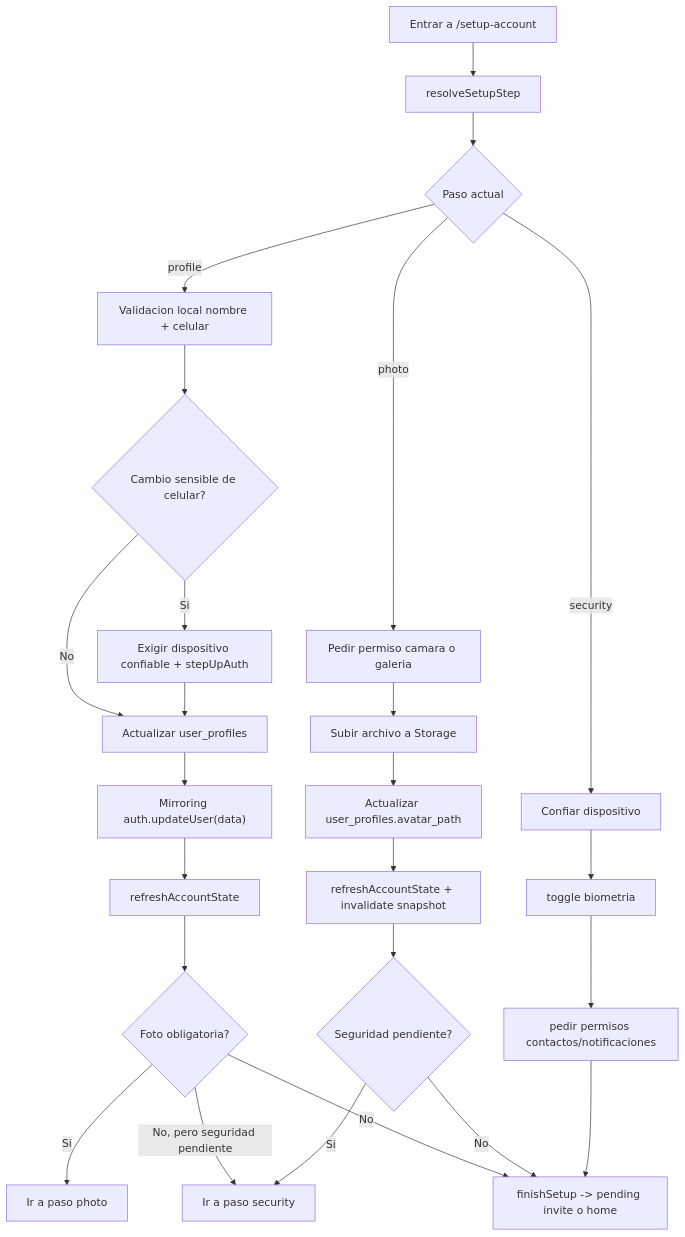
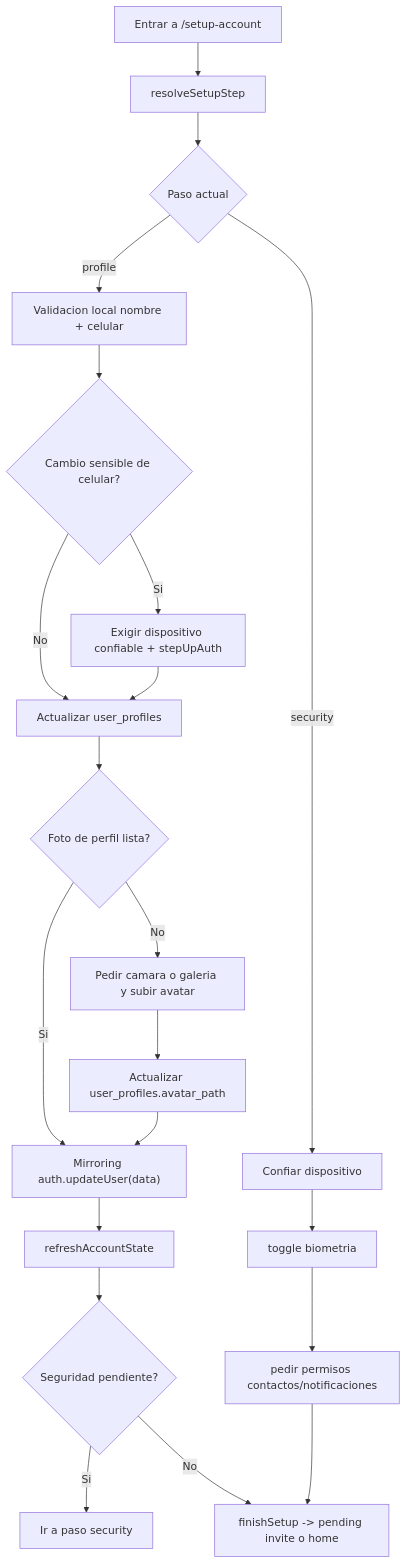
The second of 5 diagrams in docs/figma/system-flows.md (happy-circles/Happy-circles), drawn with Mermaid before and after one commit. The commit also changed other lines of this file and 106 other files, not shown here.

````diff
--- a/docs/figma/system-flows.md
+++ b/docs/figma/system-flows.md
@@ -47,27 +47,23 @@
 ```mermaid
 flowchart TD
     A["Entrar a /setup-account"] --> B["resolveSetupStep"]
     B --> C{"Paso actual"}
     C -->|"profile"| D["Validacion local nombre + celular"]
     D --> E{"Cambio sensible de celular?"}
     E -->|"Si"| F["Exigir dispositivo confiable + stepUpAuth"]
     E -->|"No"| G["Actualizar user_profiles"]
     F --> G
-    G --> H["Mirroring auth.updateUser(data)"]
-    H --> I["refreshAccountState"]
-    I --> J{"Foto obligatoria?"}
-    J -->|"Si"| K["Ir a paso photo"]
-    J -->|"No, pero seguridad pendiente"| L["Ir a paso security"]
-    J -->|"No"| M["finishSetup -> pending invite o home"]
-    C -->|"photo"| N["Pedir permiso camara o galeria"]
-    N --> O["Subir archivo a Storage"]
-    O --> P["Actualizar user_profiles.avatar_path"]
-    P --> Q["refreshAccountState + invalidate snapshot"]
-    Q --> R{"Seguridad pendiente?"}
-    R -->|"Si"| L
-    R -->|"No"| M
-    C -->|"security"| S["Confiar dispositivo"]
-    S --> T["toggle biometria"]
-    T --> U["pedir permisos contactos/notificaciones"]
-    U --> M
+    G --> H{"Foto de perfil lista?"}
+    H -->|"No"| I["Pedir camara o galeria y subir avatar"]
+    H -->|"Si"| J["Mirroring auth.updateUser(data)"]
+    I --> K["Actualizar user_profiles.avatar_path"]
+    K --> J
+    J --> L["refreshAccountState"]
+    L --> M{"Seguridad pendiente?"}
+    M -->|"Si"| N["Ir a paso security"]
+    M -->|"No"| O["finishSetup -> pending invite o home"]
+    C -->|"security"| P["Confiar dispositivo"]
+    P --> Q["toggle biometria"]
+    Q --> R["pedir permisos contactos/notificaciones"]
+    R --> O
 ```
````
